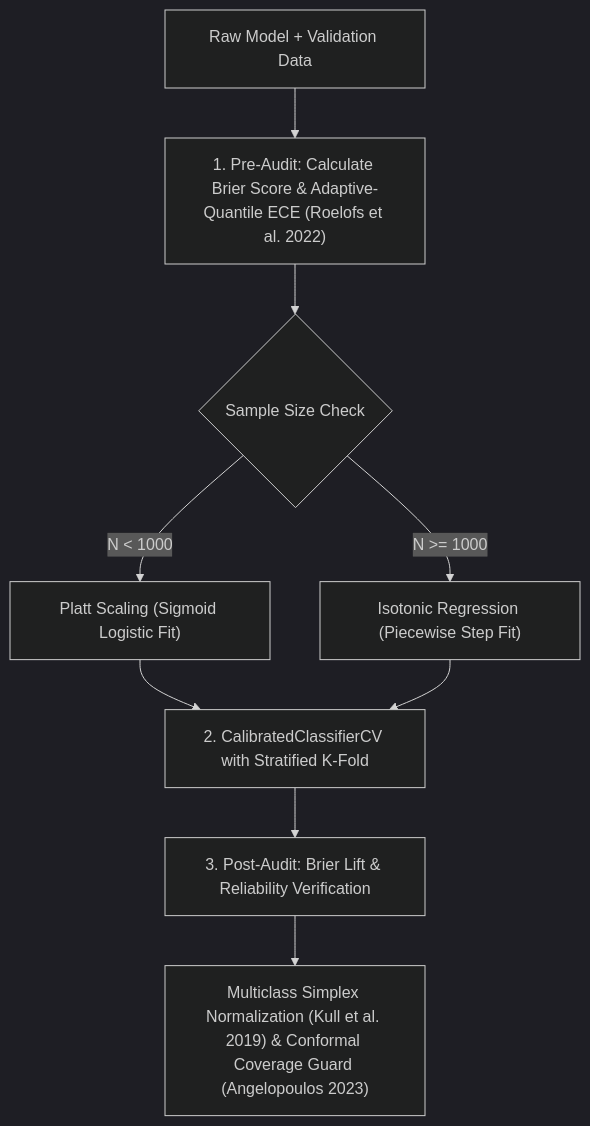
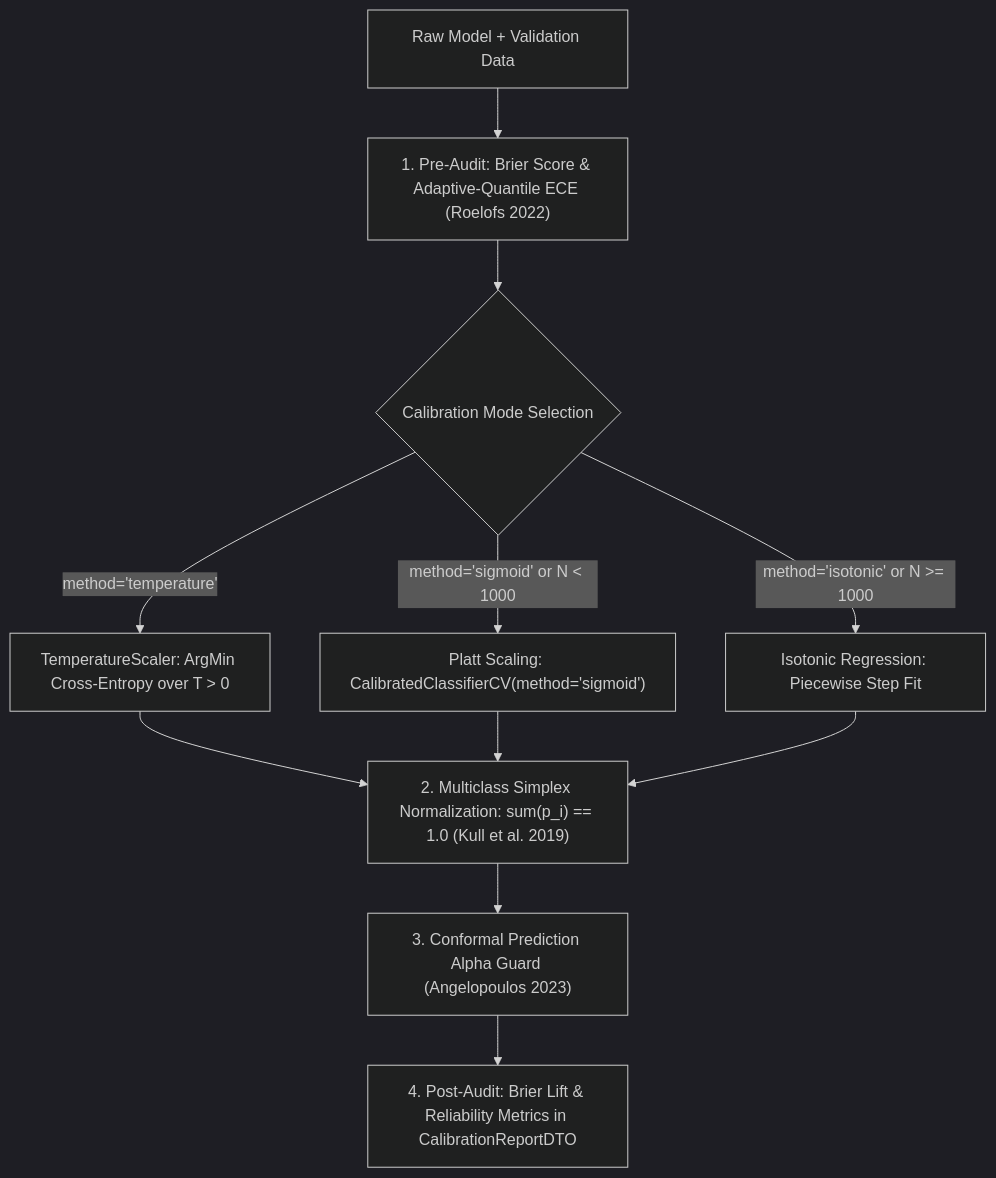
The second of 2 diagrams in docs/tools/ml_calibrate_probabilities.md (sadik004/ml-mcp), drawn with Mermaid (dark theme) before and after one commit. The commit also changed other lines of this file and 2 other files, not shown here.

Commit message:
docs(phase-4): completely rewrite Section 5 and 6 in Phase 4 deep dive docs with research foundations and full JSON schemas

````diff
--- a/docs/tools/ml_calibrate_probabilities.md
+++ b/docs/tools/ml_calibrate_probabilities.md
@@ -79,11 +79,13 @@
 ```mermaid
 flowchart TD
-    A["Raw Model + Validation Data"] --> B["1. Pre-Audit: Calculate Brier Score & Adaptive-Quantile ECE (Roelofs et al. 2022)"]
-    B --> C{"Sample Size Check"}
-    C -->|N < 1000| D["Platt Scaling (Sigmoid Logistic Fit)"]
-    C -->|N >= 1000| E["Isotonic Regression (Piecewise Step Fit)"]
-    D --> F["2. CalibratedClassifierCV with Stratified K-Fold"]
-    E --> F
-    F --> G["3. Post-Audit: Brier Lift & Reliability Verification"]
-    G --> H["Multiclass Simplex Normalization (Kull et al. 2019) & Conformal Coverage Guard (Angelopoulos 2023)"]
+    A["Raw Model + Validation Data"] --> B["1. Pre-Audit: Brier Score & Adaptive-Quantile ECE (Roelofs 2022)"]
+    B --> C{"Calibration Mode Selection"}
+    C -->|method='temperature'| D["TemperatureScaler: ArgMin Cross-Entropy over T > 0"]
+    C -->|method='sigmoid' or N < 1000| E["Platt Scaling: CalibratedClassifierCV(method='sigmoid')"]
+    C -->|method='isotonic' or N >= 1000| F["Isotonic Regression: Piecewise Step Fit"]
+    D --> G["2. Multiclass Simplex Normalization: sum(p_i) == 1.0 (Kull et al. 2019)"]
+    E --> G
+    F --> G
+    G --> H["3. Conformal Prediction Alpha Guard (Angelopoulos 2023)"]
+    H --> I["4. Post-Audit: Brier Lift & Reliability Metrics in CalibrationReportDTO"]
 ```
````
